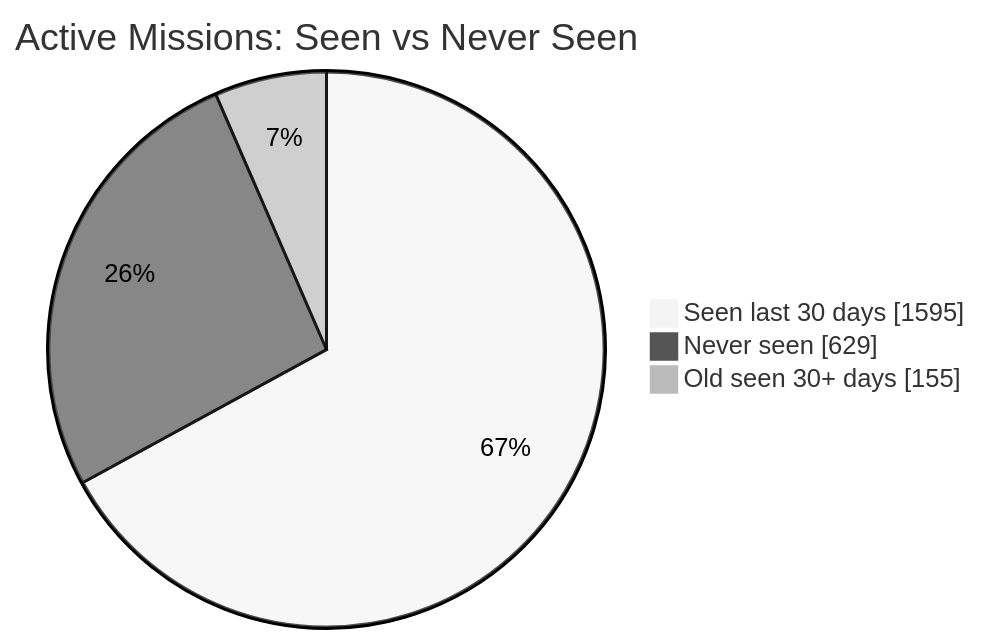
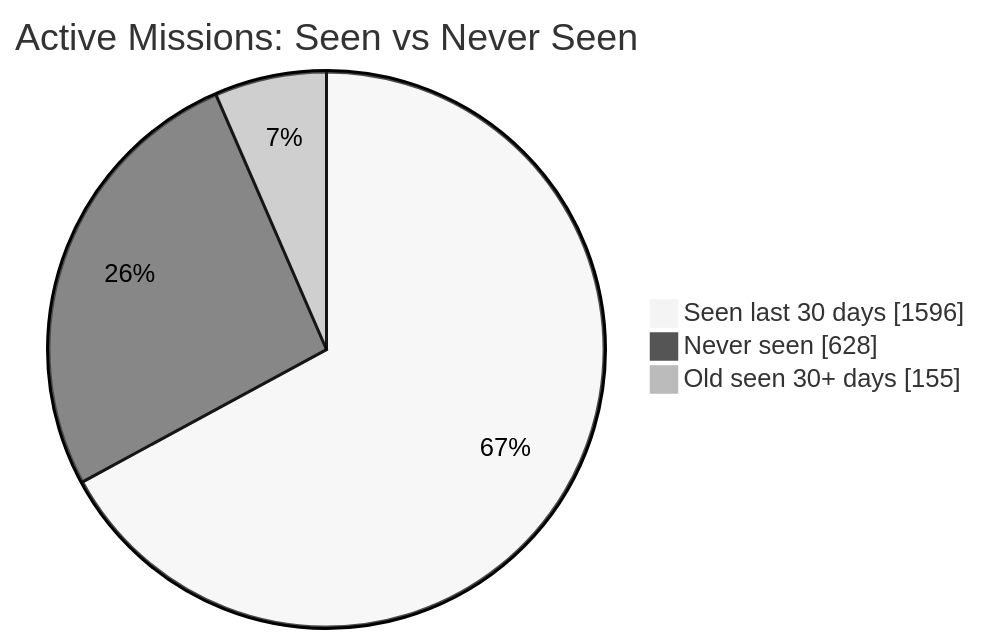
The first of 2 diagrams in README.md (MeldkamerspelGameTeam/active-missions), drawn with Mermaid (neutral theme) before and after one commit. The commit also changed other lines of this file and 3 other files, not shown here.

````diff
--- a/README.md
+++ b/README.md
@@ -34,7 +34,7 @@
 ```mermaid
 pie showData
     title Active Missions: Seen vs Never Seen
-    "Seen last 30 days" : 1595
-    "Never seen" : 629
+    "Seen last 30 days" : 1596
+    "Never seen" : 628
     "Old seen 30+ days" : 155
 ```
````
